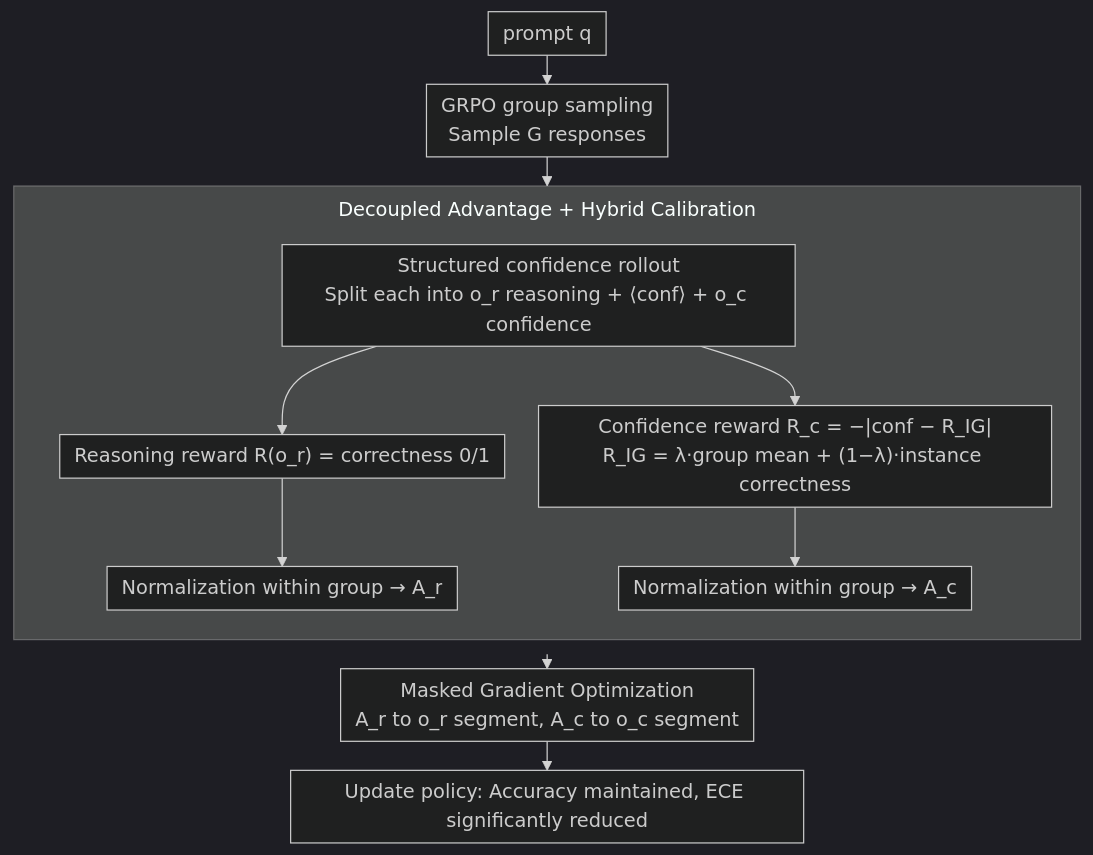
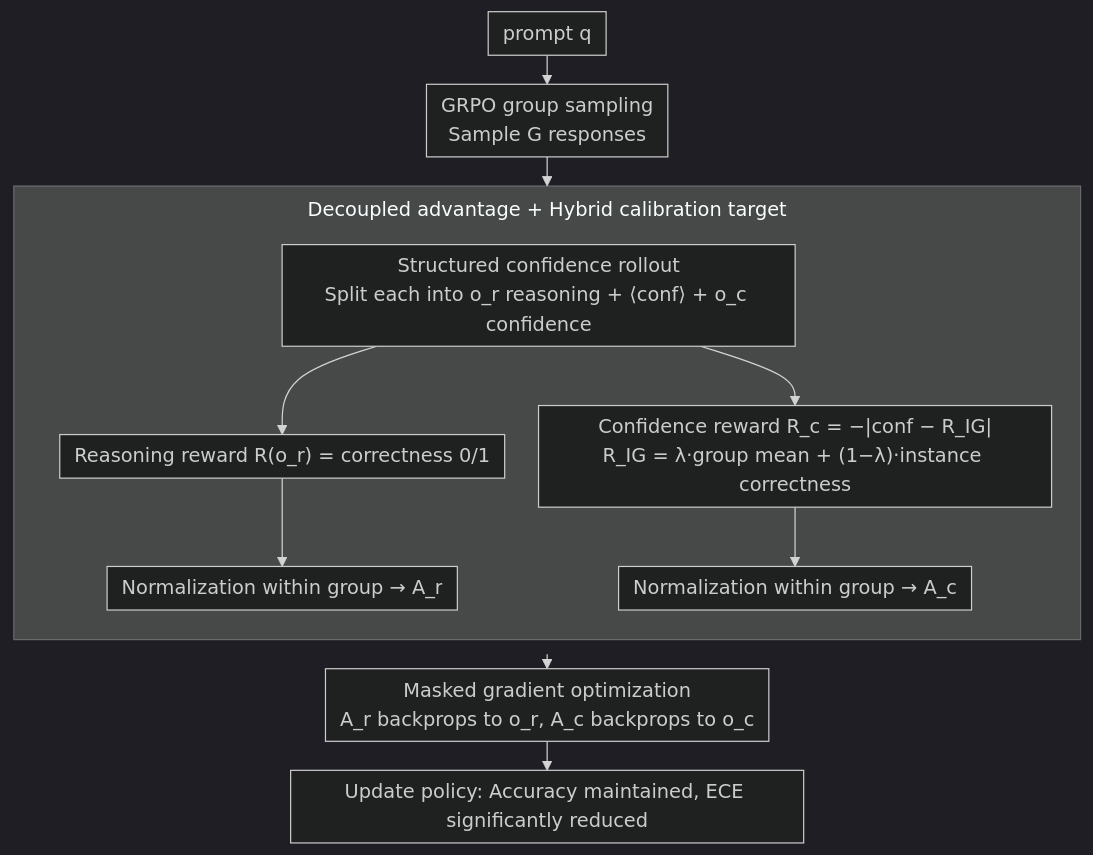
The diagram in docs/ICML2026/llm_alignment/decoupling_reasoning_and_confidence_resurrecting_calibration_in_reinforcement_le.md (zhaoyang97/Paper-Notes-en), drawn with Mermaid (dark theme) before and after one commit. The commit also changed other lines of this file and 5084 other files, not shown here.

````diff
--- a/docs/ICML2026/llm_alignment/decoupling_reasoning_and_confidence_resurrecting_calibration_in_reinforcement_le.md
+++ b/docs/ICML2026/llm_alignment/decoupling_reasoning_and_confidence_resurrecting_calibration_in_reinforcement_le.md
@@ -44,15 +44,15 @@
 ```mermaid
 %%{init: {'flowchart': {'rankSpacing': 24, 'nodeSpacing': 28, 'padding': 6, 'wrappingWidth': 400, 'subGraphTitleMargin': {'top': 8, 'bottom': 16}}}}%%
 flowchart TD
     Q["prompt q"] --> G["GRPO group sampling<br/>Sample G responses"]
     G --> S["Structured confidence rollout<br/>Split each into o_r reasoning + ⟨conf⟩ + o_c confidence"]
-    subgraph REW["Decoupled Advantage + Hybrid Calibration"]
+    subgraph REW["Decoupled advantage + Hybrid calibration target"]
         direction TB
         S --> RR["Reasoning reward R(o_r) = correctness 0/1"]
         S --> RC["Confidence reward R_c = −|conf − R_IG|<br/>R_IG = λ·group mean + (1−λ)·instance correctness"]
         RR --> AR["Normalization within group → A_r"]
         RC --> AC["Normalization within group → A_c"]
     end
-    REW --> M["Masked Gradient Optimization<br/>A_r to o_r segment, A_c to o_c segment"]
+    REW --> M["Masked gradient optimization<br/>A_r backprops to o_r, A_c backprops to o_c"]
     M --> O["Update policy: Accuracy maintained, ECE significantly reduced"]
 ```
````
